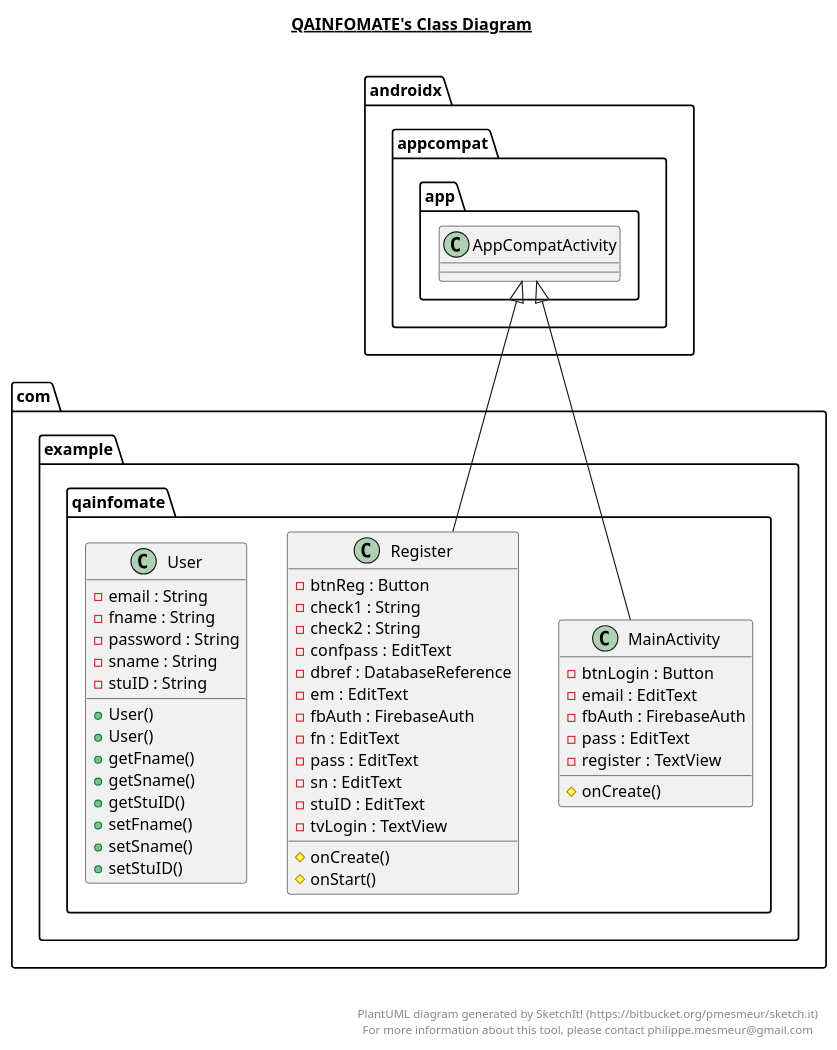
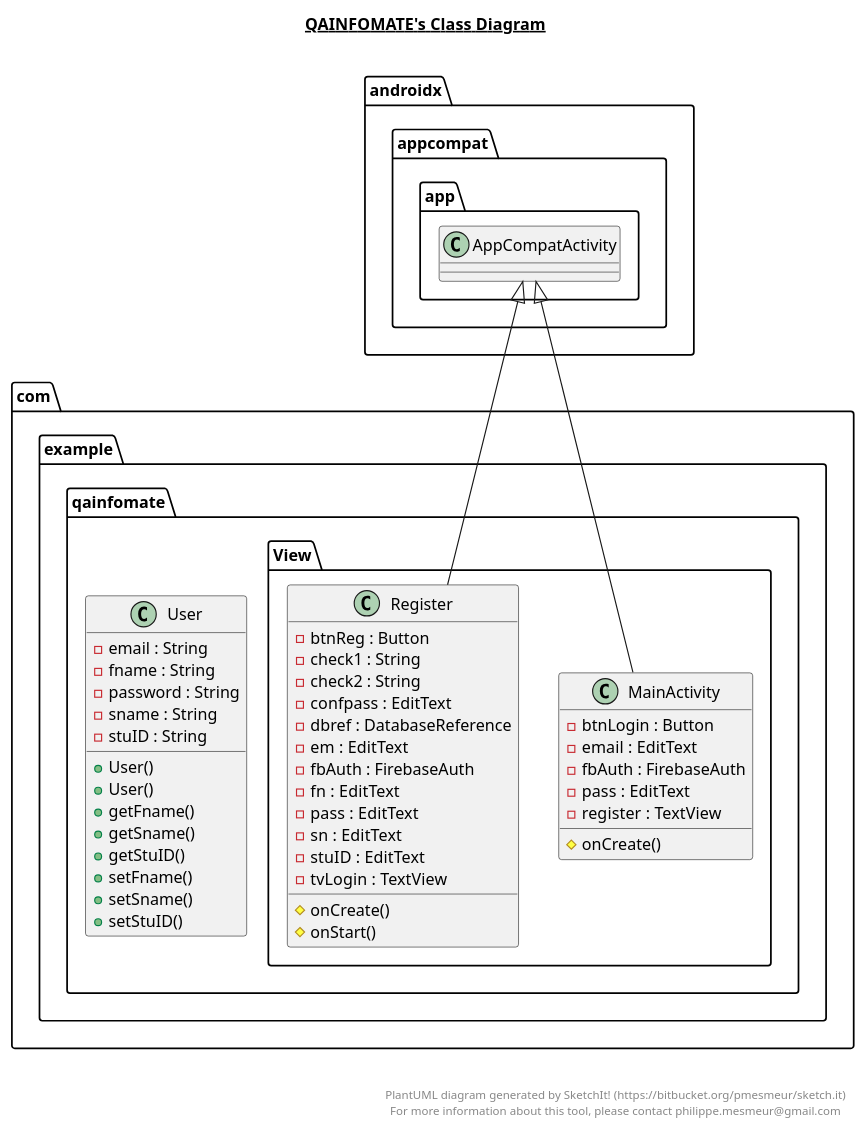
One commit to Cartachana/QA-Info-Mate changed the diagram in app/src/main/java/com/example/qainfomate/qainfomate.plantuml. Above: the diagram before and after it, drawn with PlantUML. The commit also changed 22 other files, not shown here.

```diff
--- a/app/src/main/java/com/example/qainfomate/qainfomate.plantuml
+++ b/app/src/main/java/com/example/qainfomate/qainfomate.plantuml
@@ -1,67 +1,67 @@
 @startuml
 
 title __QAINFOMATE's Class Diagram__\n
 
   namespace com.example.qainfomate {
-    class com.example.qainfomate.MainActivity {
+    class com.example.qainfomate.View.MainActivity {
         - btnLogin : Button
         - email : EditText
         - fbAuth : FirebaseAuth
         - pass : EditText
         - register : TextView
         # onCreate()
     }
   }
   
 
   namespace com.example.qainfomate {
-    class com.example.qainfomate.Register {
+    class com.example.qainfomate.View.Register {
         - btnReg : Button
         - check1 : String
         - check2 : String
         - confpass : EditText
         - dbref : DatabaseReference
         - em : EditText
         - fbAuth : FirebaseAuth
         - fn : EditText
         - pass : EditText
         - sn : EditText
         - stuID : EditText
         - tvLogin : TextView
         # onCreate()
         # onStart()
     }
   }
   
 
   namespace com.example.qainfomate {
     class com.example.qainfomate.User {
         - email : String
         - fname : String
         - password : String
         - sname : String
         - stuID : String
         + User()
         + User()
         + getFname()
         + getSname()
         + getStuID()
         + setFname()
         + setSname()
         + setStuID()
     }
   }
   
 
-  com.example.qainfomate.MainActivity -up-|> androidx.appcompat.app.AppCompatActivity
-  com.example.qainfomate.Register -up-|> androidx.appcompat.app.AppCompatActivity
+  com.example.qainfomate.View.MainActivity -up-|> androidx.appcompat.app.AppCompatActivity
+  com.example.qainfomate.View.Register -up-|> androidx.appcompat.app.AppCompatActivity
 
 
 right footer
 
 
 PlantUML diagram generated by SketchIt! (https://bitbucket.org/pmesmeur/sketch.it)
 For more information about this tool, please contact philippe.mesmeur@gmail.com
 endfooter
 
 @enduml
```
